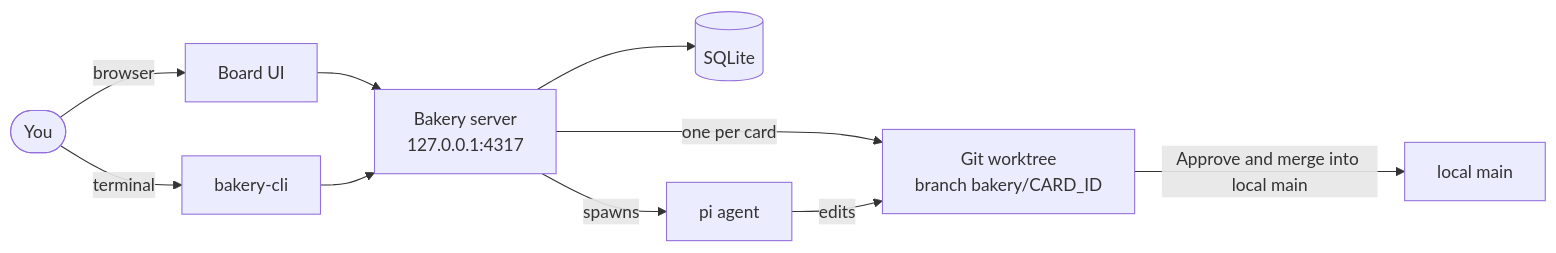
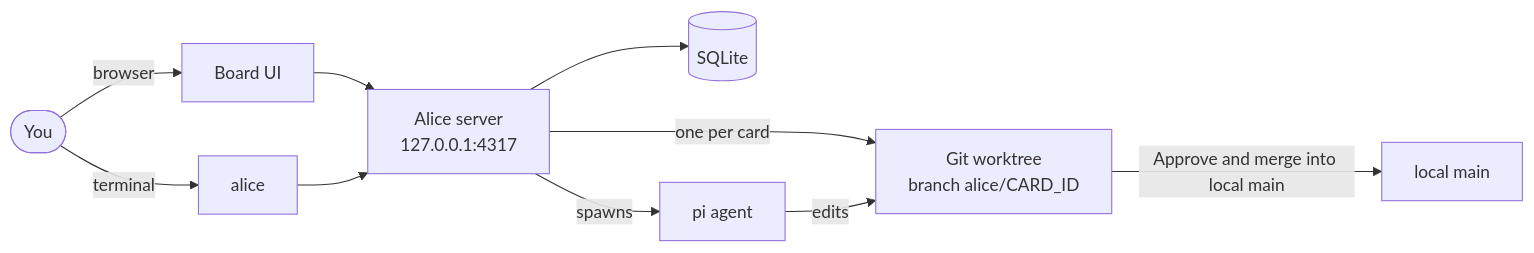
One commit to aglowinthefield/alice changed the first of 5 diagrams in docs/reference.md. Above: the diagram before and after it, drawn with Mermaid. The commit also changed other lines of this file and 9 other files, not shown here.

First line of the commit message:
Rename Bakery to Alice in the docs

````diff
--- a/docs/reference.md
+++ b/docs/reference.md
@@ -9,12 +9,12 @@
 ```mermaid
 flowchart LR
   you([You]) -->|browser| ui[Board UI]
-  you -->|terminal| cli[bakery-cli]
+  you -->|terminal| cli[alice]
   ui --> server
   cli --> server
-  server[Bakery server<br/>127.0.0.1:4317] --> db[(SQLite)]
-  server -->|one per card| wt[Git worktree<br/>branch bakery/CARD_ID]
+  server[Alice server<br/>127.0.0.1:4317] --> db[(SQLite)]
+  server -->|one per card| wt[Git worktree<br/>branch alice/CARD_ID]
   server -->|spawns| pi[pi agent]
   pi -->|edits| wt
   wt -->|Approve and merge into local main| main[local main]
 ```
````
